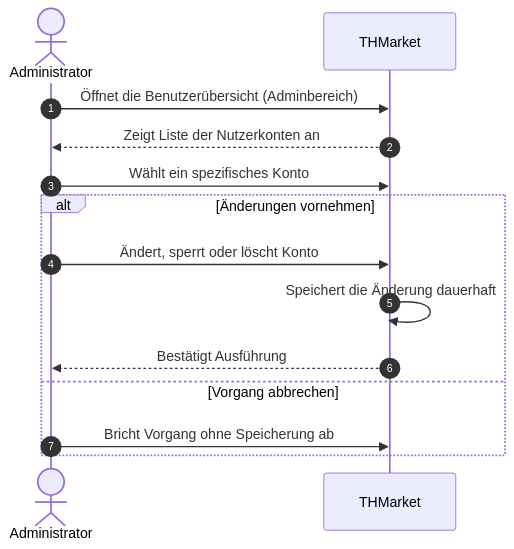
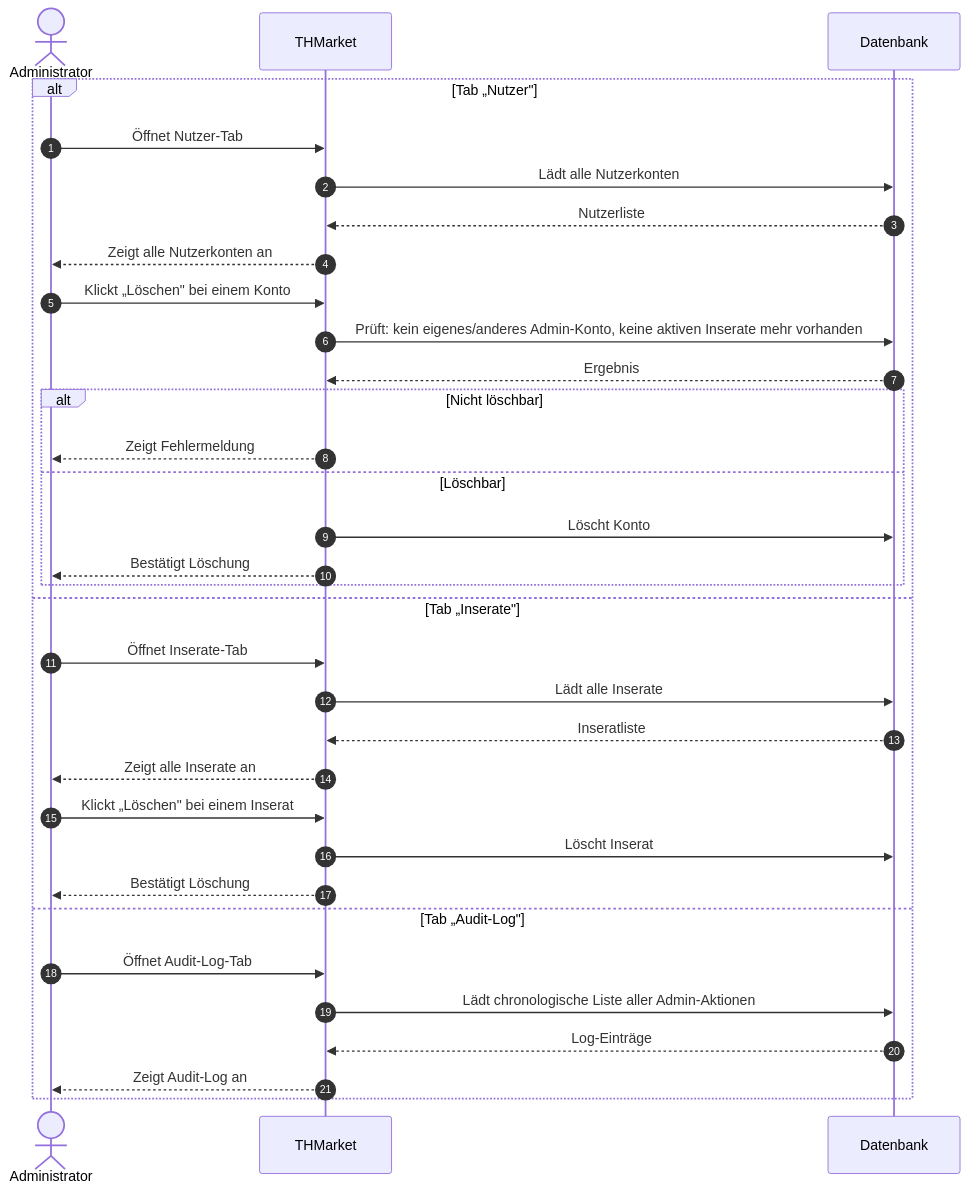
One commit to PatilYash0110/THMarket changed the diagram in docs/spec/diagrams-code/f2-uc10-admin_nutzerkonten_verwalten.mermaid. Above: the diagram before and after it, drawn with Mermaid. The commit also changed 17 other files, not shown here.

Commit message:
Diagramme aktualisiert, UC13-16 und weitere Diagramme ergänzt

```diff
--- a/docs/spec/diagrams-code/f2-uc10-admin_nutzerkonten_verwalten.mermaid
+++ b/docs/spec/diagrams-code/f2-uc10-admin_nutzerkonten_verwalten.mermaid
@@ -1,16 +1,37 @@
 sequenceDiagram
     autonumber
     actor Admin as Administrator
     participant System as THMarket
-    
-    Admin->>System: Öffnet die Benutzerübersicht (Adminbereich)
-    System-->>Admin: Zeigt Liste der Nutzerkonten an
-    Admin->>System: Wählt ein spezifisches Konto
-    
-    alt Änderungen vornehmen
-        Admin->>System: Ändert, sperrt oder löscht Konto
-        System->>System: Speichert die Änderung dauerhaft
-        System-->>Admin: Bestätigt Ausführung
-    else Vorgang abbrechen
-        Admin->>System: Bricht Vorgang ohne Speicherung ab
+    participant DB as Datenbank
+
+    alt Tab „Nutzer"
+        Admin->>System: Öffnet Nutzer-Tab
+        System->>DB: Lädt alle Nutzerkonten
+        DB-->>System: Nutzerliste
+        System-->>Admin: Zeigt alle Nutzerkonten an
+        Admin->>System: Klickt „Löschen" bei einem Konto
+        System->>DB: Prüft: kein eigenes/anderes Admin-Konto, keine aktiven Inserate mehr vorhanden
+        DB-->>System: Ergebnis
+
+        alt Nicht löschbar
+            System-->>Admin: Zeigt Fehlermeldung
+        else Löschbar
+            System->>DB: Löscht Konto
+            System-->>Admin: Bestätigt Löschung
+        end
+
+    else Tab „Inserate"
+        Admin->>System: Öffnet Inserate-Tab
+        System->>DB: Lädt alle Inserate
+        DB-->>System: Inseratliste
+        System-->>Admin: Zeigt alle Inserate an
+        Admin->>System: Klickt „Löschen" bei einem Inserat
+        System->>DB: Löscht Inserat
+        System-->>Admin: Bestätigt Löschung
+
+    else Tab „Audit-Log"
+        Admin->>System: Öffnet Audit-Log-Tab
+        System->>DB: Lädt chronologische Liste aller Admin-Aktionen
+        DB-->>System: Log-Einträge
+        System-->>Admin: Zeigt Audit-Log an
     end
```
